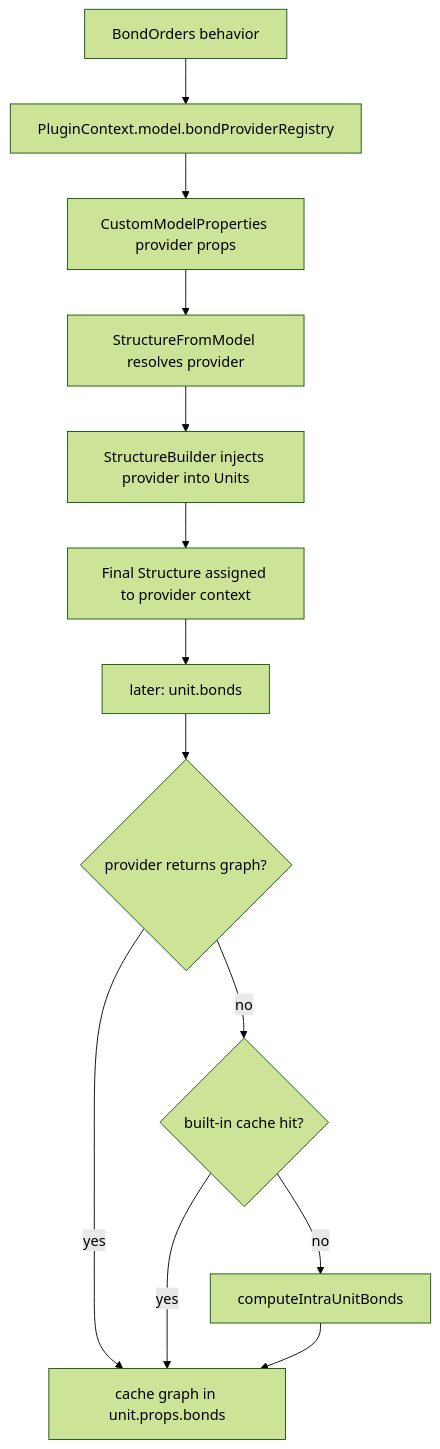
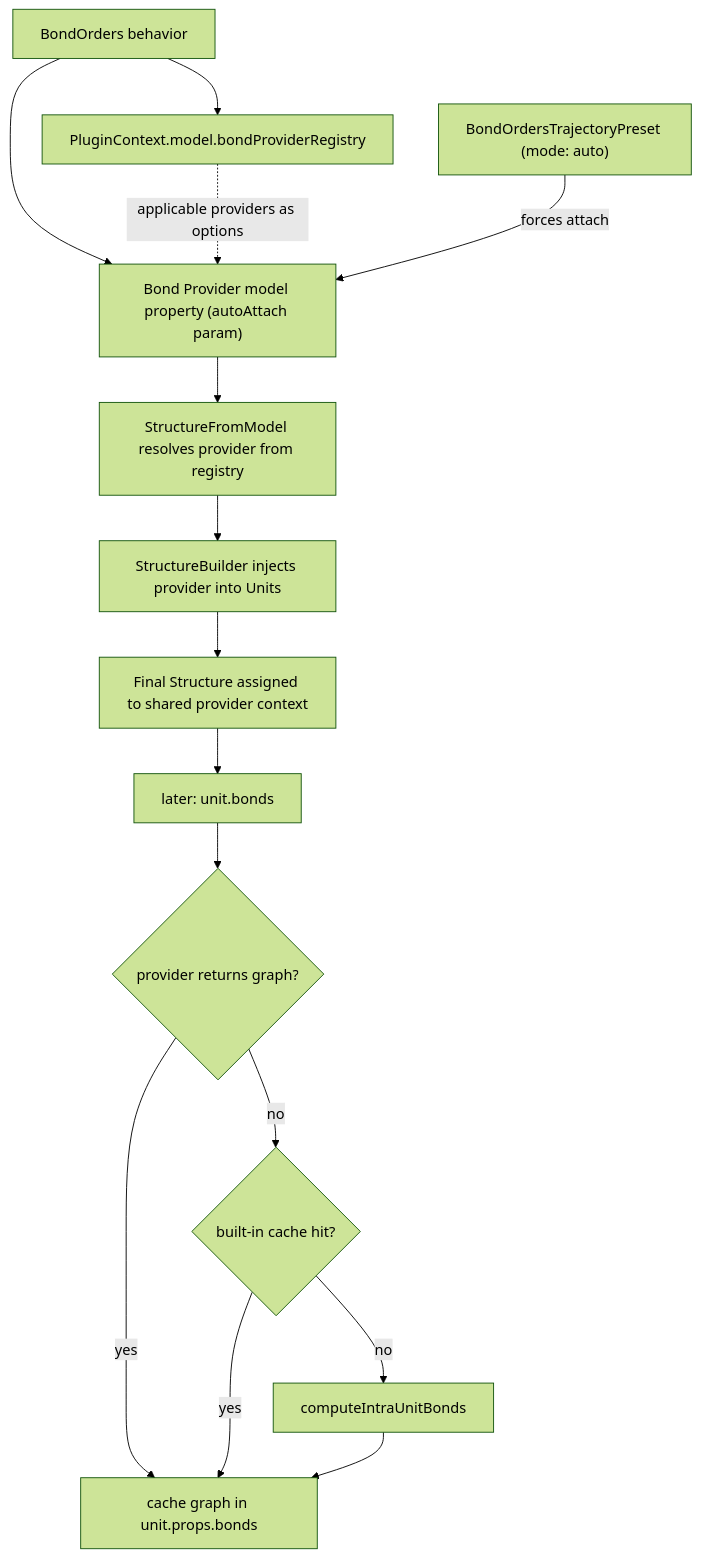
The diagram in src/extensions/bond-orders/README.md (molstar/molstar), drawn with Mermaid (forest theme) before and after one commit. The commit also changed other lines of this file, not shown here.

````diff
--- a/src/extensions/bond-orders/README.md
+++ b/src/extensions/bond-orders/README.md
@@ -26,15 +32,17 @@
 ```mermaid
 flowchart TD
   B["BondOrders behavior"] --> R["PluginContext.model.bondProviderRegistry"]
-  R --> M["CustomModelProperties provider props"]
-  M --> T["StructureFromModel resolves provider"]
+  B --> M["Bond Provider model property (autoAttach param)"]
+  R -. "applicable providers as options" .-> M
+  PR["BondOrdersTrajectoryPreset (mode: auto)"] -- "forces attach" --> M
+  M --> T["StructureFromModel resolves provider from registry"]
   T --> S["StructureBuilder injects provider into Units"]
-  S --> C["Final Structure assigned to provider context"]
+  S --> C["Final Structure assigned to shared provider context"]
   C --> L["later: unit.bonds"]
   L --> P{"provider returns graph?"}
   P -- yes --> O["cache graph in unit.props.bonds"]
   P -- no --> H{"built-in cache hit?"}
   H -- yes --> O
   H -- no --> D["computeIntraUnitBonds"]
   D --> O
 ```
````
